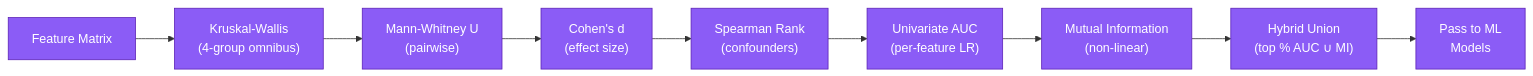
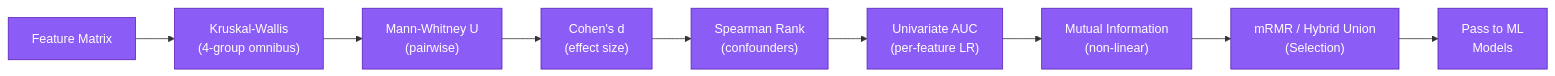
Before and after one commit to msk-access/kreview: the diagram in docs/machine-learning/statistical-tests.md, drawn with Mermaid. The commit also changed other lines of this file and 26 other files, not shown here.

````diff
--- a/docs/machine-learning/statistical-tests.md
+++ b/docs/machine-learning/statistical-tests.md
@@ -7,12 +7,12 @@
 ```mermaid
 flowchart LR
     classDef step fill:#8b5cf6,stroke:#5b21b6,color:#fff;
     A["Feature Matrix"]:::step --> B["Kruskal-Wallis\n(4-group omnibus)"]:::step
     B --> C["Mann-Whitney U\n(pairwise)"]:::step
     C --> D["Cohen's d\n(effect size)"]:::step
     D --> E["Spearman Rank\n(confounders)"]:::step
     E --> F["Univariate AUC\n(per-feature LR)"]:::step
     F --> G["Mutual Information\n(non-linear)"]:::step
-    G --> H["Hybrid Union\n(top % AUC ∪ MI)"]:::step
+    G --> H["mRMR / Hybrid Union\n(Selection)"]:::step
     H --> I["Pass to ML\nModels"]:::step
 ```
````
